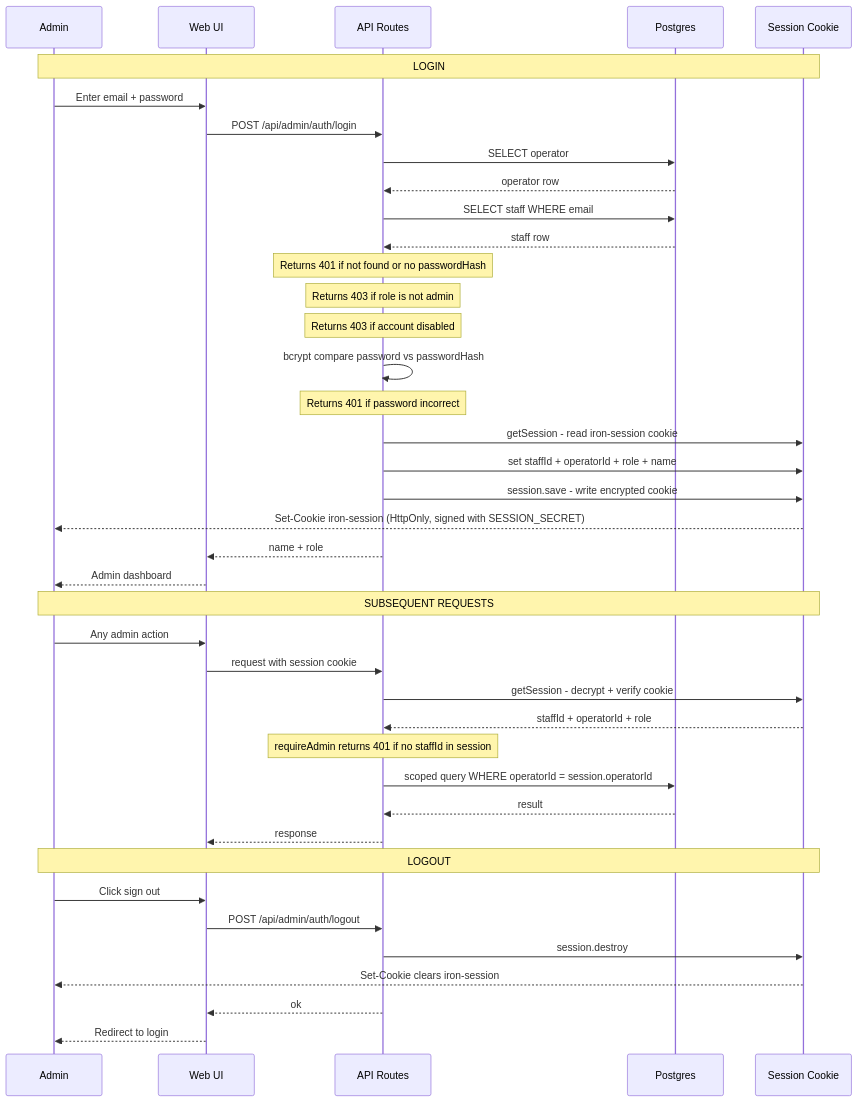
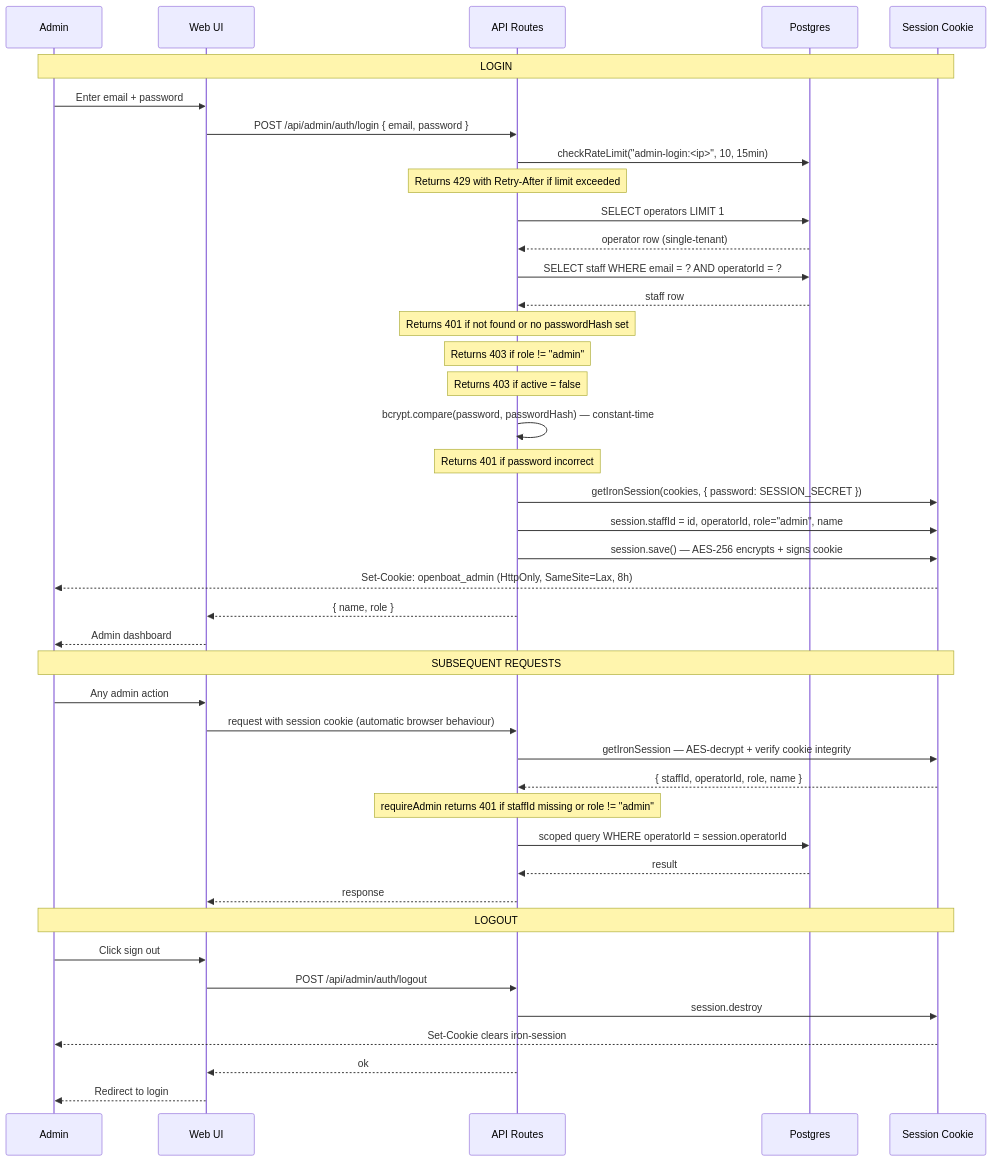
Before and after one commit to allonyaron/open-boat-fishing: the diagram in docs/admin-auth-flow-sequence.md, drawn with Mermaid. The commit also changed other lines of this file and 9 other files, not shown here.

````diff
--- a/docs/admin-auth-flow-sequence.md
+++ b/docs/admin-auth-flow-sequence.md
@@ -3,45 +3,47 @@
 ```mermaid
 sequenceDiagram
     participant A as Admin
     participant UI as Web UI
     participant API as API Routes
     participant DB as Postgres
     participant S as Session Cookie
 
     Note over A,S: LOGIN
     A->>UI: Enter email + password
-    UI->>API: POST /api/admin/auth/login
-    API->>DB: SELECT operator
-    DB-->>API: operator row
-    API->>DB: SELECT staff WHERE email
+    UI->>API: POST /api/admin/auth/login { email, password }
+    API->>DB: checkRateLimit("admin-login:<ip>", 10, 15min)
+    Note over API: Returns 429 with Retry-After if limit exceeded
+    API->>DB: SELECT operators LIMIT 1
+    DB-->>API: operator row (single-tenant)
+    API->>DB: SELECT staff WHERE email = ? AND operatorId = ?
     DB-->>API: staff row
-    Note over API: Returns 401 if not found or no passwordHash
-    Note over API: Returns 403 if role is not admin
-    Note over API: Returns 403 if account disabled
-    API->>API: bcrypt compare password vs passwordHash
+    Note over API: Returns 401 if not found or no passwordHash set
+    Note over API: Returns 403 if role != "admin"
+    Note over API: Returns 403 if active = false
+    API->>API: bcrypt.compare(password, passwordHash) — constant-time
     Note over API: Returns 401 if password incorrect
-    API->>S: getSession - read iron-session cookie
-    API->>S: set staffId + operatorId + role + name
-    API->>S: session.save - write encrypted cookie
-    S-->>A: Set-Cookie iron-session (HttpOnly, signed with SESSION_SECRET)
-    API-->>UI: name + role
+    API->>S: getIronSession(cookies, { password: SESSION_SECRET })
+    API->>S: session.staffId = id, operatorId, role="admin", name
+    API->>S: session.save() — AES-256 encrypts + signs cookie
+    S-->>A: Set-Cookie: openboat_admin (HttpOnly, SameSite=Lax, 8h)
+    API-->>UI: { name, role }
     UI-->>A: Admin dashboard
 
     Note over A,S: SUBSEQUENT REQUESTS
     A->>UI: Any admin action
-    UI->>API: request with session cookie
-    API->>S: getSession - decrypt + verify cookie
-    S-->>API: staffId + operatorId + role
-    Note over API: requireAdmin returns 401 if no staffId in session
+    UI->>API: request with session cookie (automatic browser behaviour)
+    API->>S: getIronSession — AES-decrypt + verify cookie integrity
+    S-->>API: { staffId, operatorId, role, name }
+    Note over API: requireAdmin returns 401 if staffId missing or role != "admin"
     API->>DB: scoped query WHERE operatorId = session.operatorId
     DB-->>API: result
     API-->>UI: response
 
     Note over A,S: LOGOUT
     A->>UI: Click sign out
     UI->>API: POST /api/admin/auth/logout
     API->>S: session.destroy
     S-->>A: Set-Cookie clears iron-session
     API-->>UI: ok
     UI-->>A: Redirect to login
 ```
````
